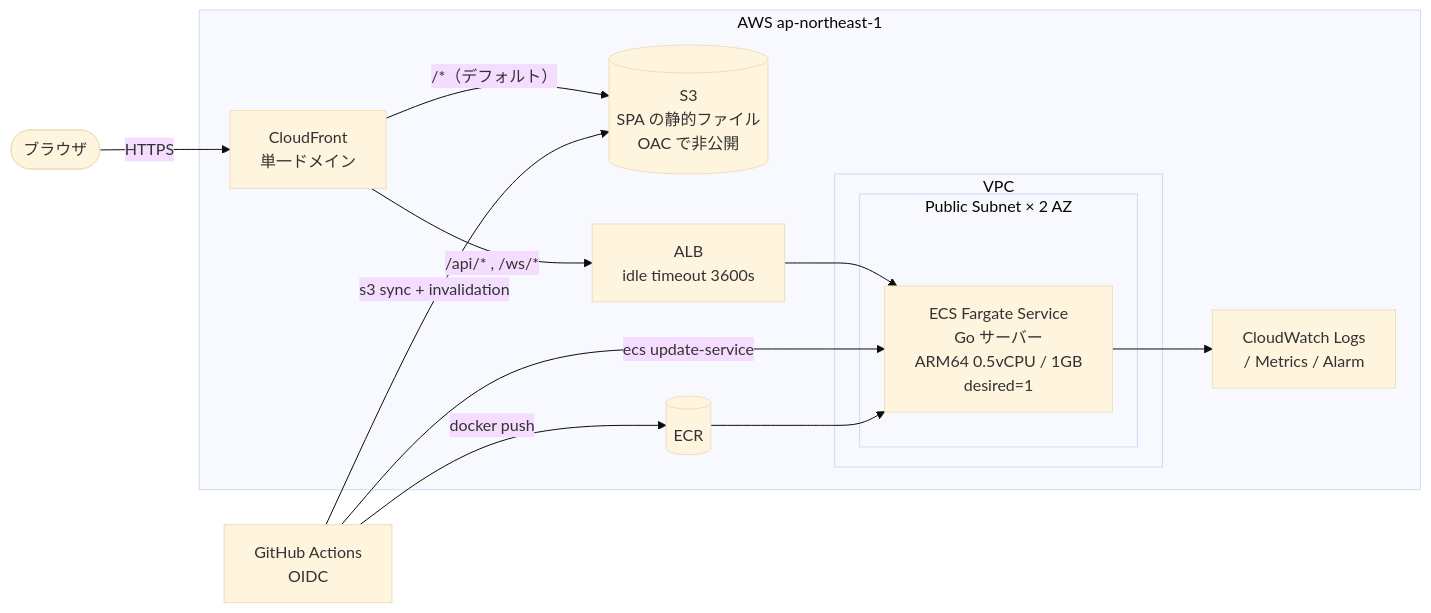
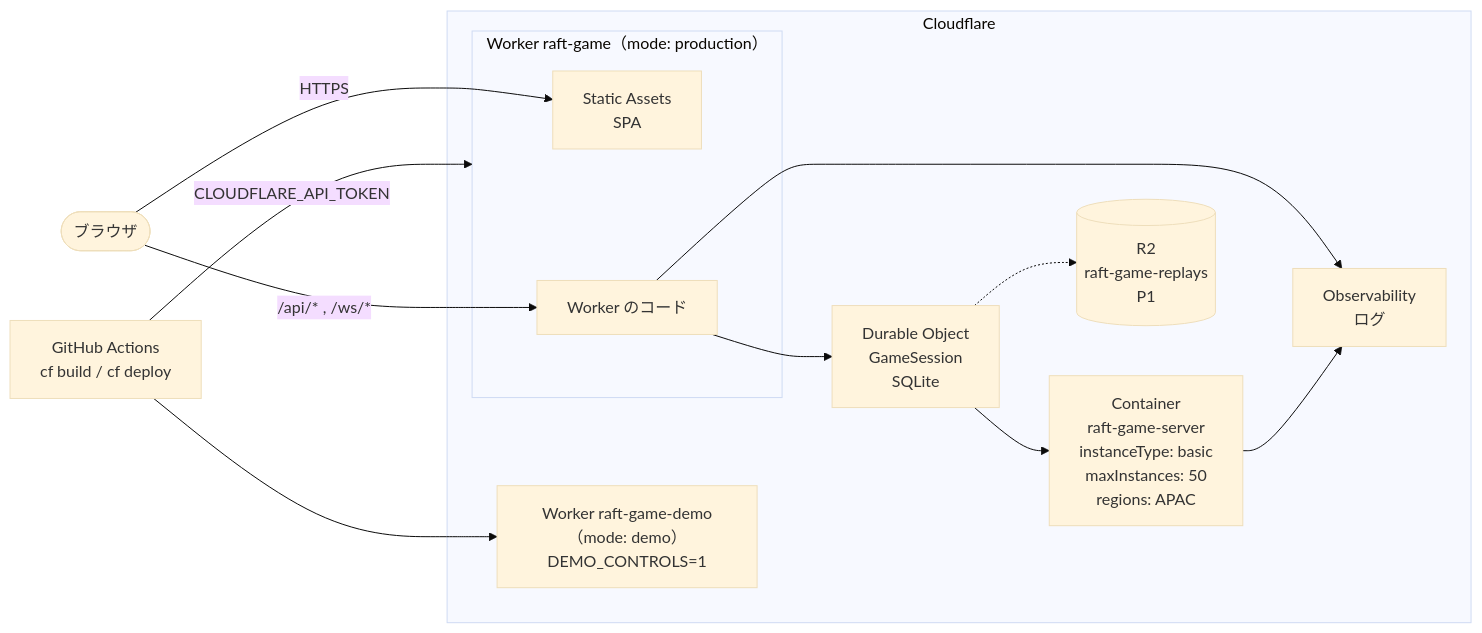
The ninth of 9 diagrams in docs/02-architecture.md (K-Kizuku/raft-game), drawn with Mermaid (base theme) before and after one commit. The commit also changed other lines of this file and 30 other files, not shown here.

````diff
--- a/docs/02-architecture.md
+++ b/docs/02-architecture.md
@@ -218,27 +283,25 @@
 ```mermaid
 flowchart LR
     user([ブラウザ])
-    subgraph aws[AWS ap-northeast-1]
-        cf[CloudFront<br/>単一ドメイン]
-        s3[(S3<br/>SPA の静的ファイル<br/>OAC で非公開)]
-        alb[ALB<br/>idle timeout 3600s]
-        subgraph vpc[VPC]
-            subgraph pub[Public Subnet × 2 AZ]
-                ecs[ECS Fargate Service<br/>Go サーバー<br/>ARM64 0.5vCPU / 1GB<br/>desired=1]
-            end
+    subgraph cfn[Cloudflare]
+        subgraph wk["Worker raft-game（mode: production）"]
+            sa[Static Assets<br/>SPA]
+            wcode[Worker のコード]
         end
-        ecr[(ECR)]
-        cw[CloudWatch Logs<br/>/ Metrics / Alarm]
+        dobj[Durable Object<br/>GameSession<br/>SQLite]
+        ctr[Container<br/>raft-game-server<br/>instanceType: basic<br/>maxInstances: 50<br/>regions: APAC]
+        r2[(R2<br/>raft-game-replays<br/>P1)]
+        obs[Observability<br/>ログ]
+        demo["Worker raft-game-demo（mode: demo）<br/>DEMO_CONTROLS=1"]
     end
-    gh[GitHub Actions<br/>OIDC]
+    gh[GitHub Actions<br/>cf build / cf deploy]
 
-    user -- HTTPS --> cf
-    cf -- "/*（デフォルト）" --> s3
-    cf -- "/api/* , /ws/*" --> alb
-    alb --> ecs
-    ecs --> cw
-    gh -- "docker push" --> ecr
-    gh -- "s3 sync + invalidation" --> s3
-    gh -- "ecs update-service" --> ecs
-    ecr --> ecs
+    user -- HTTPS --> sa
+    user -- "/api/* , /ws/*" --> wcode
+    wcode --> dobj
+    dobj --> ctr
+    dobj -.-> r2
+    wcode & ctr --> obs
+    gh -- "CLOUDFLARE_API_TOKEN" --> wk
+    gh --> demo
 ```
````
